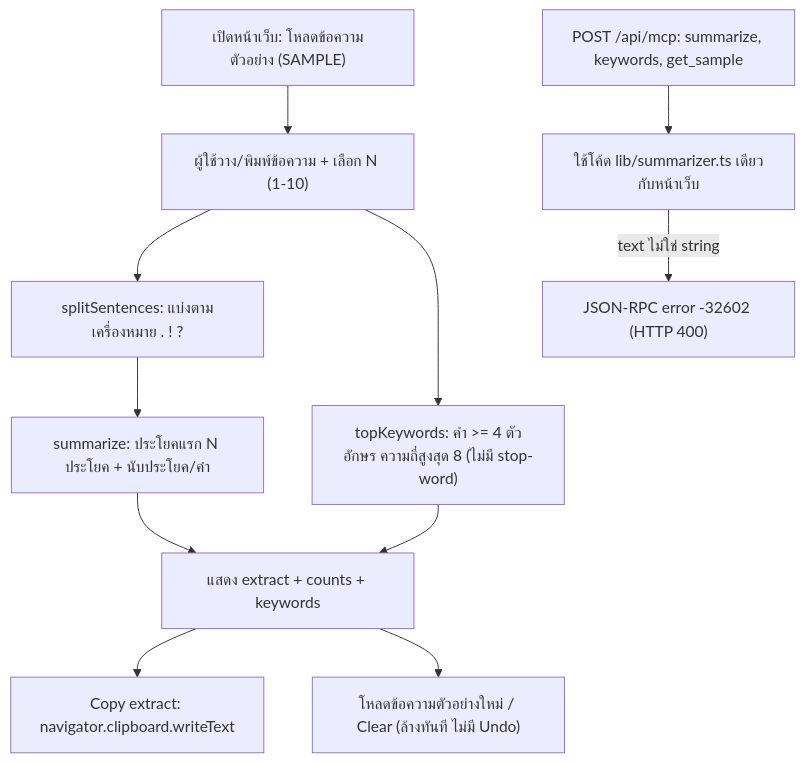
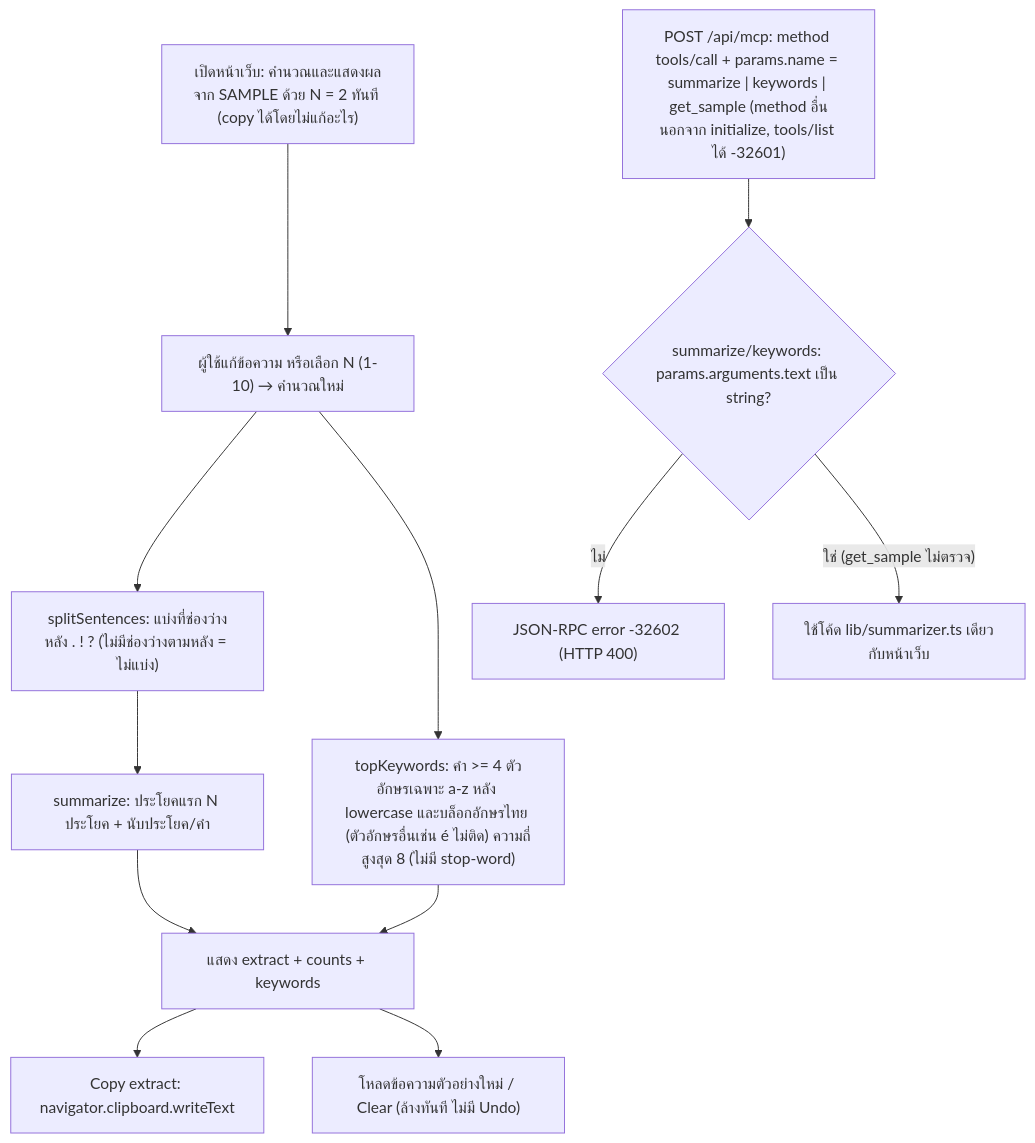
Before and after one commit to bookchaowalit-website/ai-text-summarizer-web: the diagram in docs/diagrams/01-business-process.md, drawn with Mermaid. The commit also changed other lines of this file, not shown here.

Commit message:
docs: correct As-Is/To-Be facts from review (01-business-process)

````diff
--- a/docs/diagrams/01-business-process.md
+++ b/docs/diagrams/01-business-process.md
@@ -9,13 +9,14 @@
 ```mermaid
 flowchart TD
-  OPEN["เปิดหน้าเว็บ: โหลดข้อความตัวอย่าง (SAMPLE)"] --> INPUT["ผู้ใช้วาง/พิมพ์ข้อความ + เลือก N (1-10)"]
-  INPUT --> SPLIT["splitSentences: แบ่งตามเครื่องหมาย . ! ?"]
+  OPEN["เปิดหน้าเว็บ: คำนวณและแสดงผลจาก SAMPLE ด้วย N = 2 ทันที (copy ได้โดยไม่แก้อะไร)"] --> INPUT["ผู้ใช้แก้ข้อความ หรือเลือก N (1-10) → คำนวณใหม่"]
+  INPUT --> SPLIT["splitSentences: แบ่งที่ช่องว่างหลัง . ! ? (ไม่มีช่องว่างตามหลัง = ไม่แบ่ง)"]
   SPLIT --> SUM["summarize: ประโยคแรก N ประโยค + นับประโยค/คำ"]
-  INPUT --> KW["topKeywords: คำ >= 4 ตัวอักษร ความถี่สูงสุด 8 (ไม่มี stop-word)"]
+  INPUT --> KW["topKeywords: คำ >= 4 ตัวอักษรเฉพาะ a-z หลัง lowercase และบล็อกอักษรไทย (ตัวอักษรอื่นเช่น é ไม่ติด) ความถี่สูงสุด 8 (ไม่มี stop-word)"]
   SUM --> VIEW["แสดง extract + counts + keywords"]
   KW --> VIEW
   VIEW --> COPY["Copy extract: navigator.clipboard.writeText"]
   VIEW --> RESET["โหลดข้อความตัวอย่างใหม่ / Clear (ล้างทันที ไม่มี Undo)"]
-  MCP["POST /api/mcp: summarize, keywords, get_sample"] --> LIB["ใช้โค้ด lib/summarizer.ts เดียวกับหน้าเว็บ"]
-  LIB -->|"text ไม่ใช่ string"| E400["JSON-RPC error -32602 (HTTP 400)"]
+  MCP["POST /api/mcp: method tools/call + params.name = summarize | keywords | get_sample (method อื่นนอกจาก initialize, tools/list ได้ -32601)"] --> ARG{"summarize/keywords: params.arguments.text เป็น string?"}
+  ARG -->|"ไม่"| E400["JSON-RPC error -32602 (HTTP 400)"]
+  ARG -->|"ใช่ (get_sample ไม่ตรวจ)"| LIB["ใช้โค้ด lib/summarizer.ts เดียวกับหน้าเว็บ"]
 ```
````
